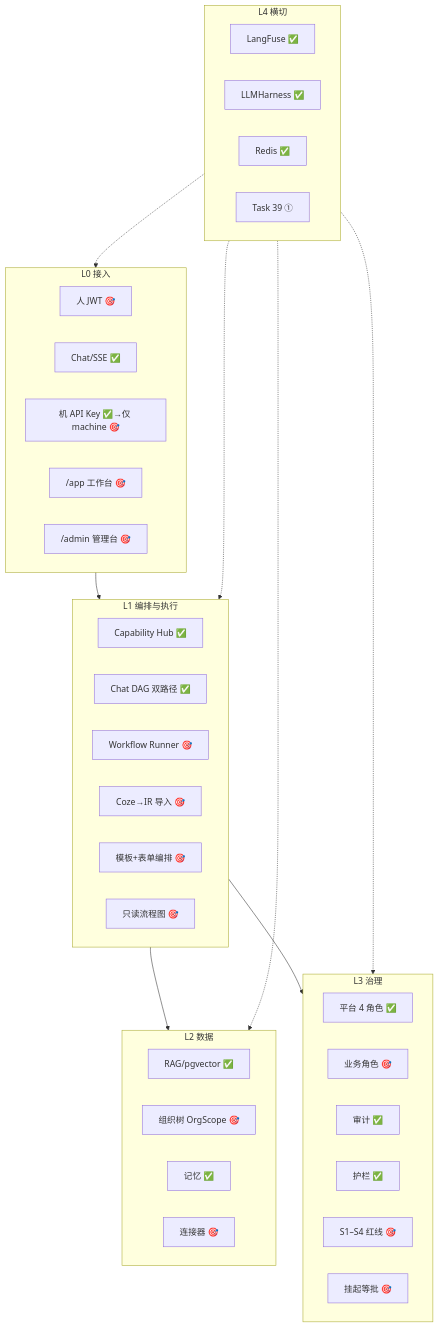
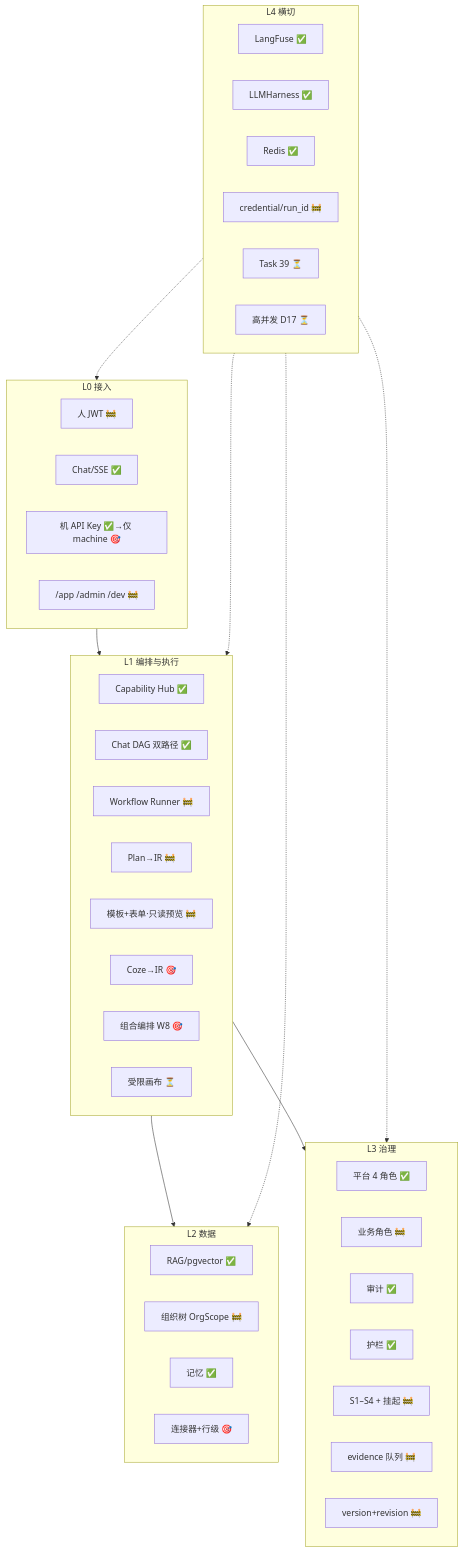
The diagram in learning/01-architecture.md (JoeSmile/NexusAI), drawn with Mermaid before and after one commit. The commit also changed other lines of this file and 91 other files, not shown here.

````diff
--- a/learning/01-architecture.md
+++ b/learning/01-architecture.md
@@ -29,46 +30,50 @@
 ```mermaid
 flowchart TB
   subgraph L0["L0 接入"]
-    JWT["人 JWT 🎯"]
+    JWT["人 JWT 🚧"]
     Chat["Chat/SSE ✅"]
     MKey["机 API Key ✅→仅 machine 🎯"]
-    App["/app 工作台 🎯"]
-    Adm["/admin 管理台 🎯"]
+    App["/app /admin /dev 🚧"]
   end
 
   subgraph L1["L1 编排与执行"]
     Hub["Capability Hub ✅"]
     DAG["Chat DAG 双路径 ✅"]
-    Runner["Workflow Runner 🎯"]
-    Coze["Coze→IR 导入 🎯"]
-    Form["模板+表单编排 🎯"]
-    Prev["只读流程图 🎯"]
+    Runner["Workflow Runner 🚧"]
+    Plan["Plan→IR 🚧"]
+    Form["模板+表单·只读预览 🚧"]
+    Coze["Coze→IR 🎯"]
+    Comp["组合编排 W8 🎯"]
+    Canvas["受限画布 ⏳"]
   end
 
   subgraph L2["L2 数据"]
     RAG["RAG/pgvector ✅"]
-    Org["组织树 OrgScope 🎯"]
+    Org["组织树 OrgScope 🚧"]
     Mem["记忆 ✅"]
-    Conn["连接器 🎯"]
+    Conn["连接器+行级 🎯"]
   end
 
   subgraph L3["L3 治理"]
     RBAC["平台 4 角色 ✅"]
-    Biz["业务角色 🎯"]
+    Biz["业务角色 🚧"]
     Audit["审计 ✅"]
     GR["护栏 ✅"]
-    S["S1–S4 红线 🎯"]
-    Hang["挂起等批 🎯"]
+    S["S1–S4 + 挂起 🚧"]
+    Ev["evidence 队列 🚧"]
+    Ver["version+revision 🚧"]
   end
 
   subgraph L4["L4 横切"]
     LF["LangFuse ✅"]
     Harness["LLMHarness ✅"]
     Redis["Redis ✅"]
-    T39["Task 39 ①"]
+    Cred["credential/run_id 🚧"]
+    T39["Task 39 ⏳"]
+    Scale["高并发 D17 ⏳"]
   end
 
   L0 --> L1 --> L2
   L1 --> L3
   L4 -.-> L0 & L1 & L2 & L3
 ```
````
